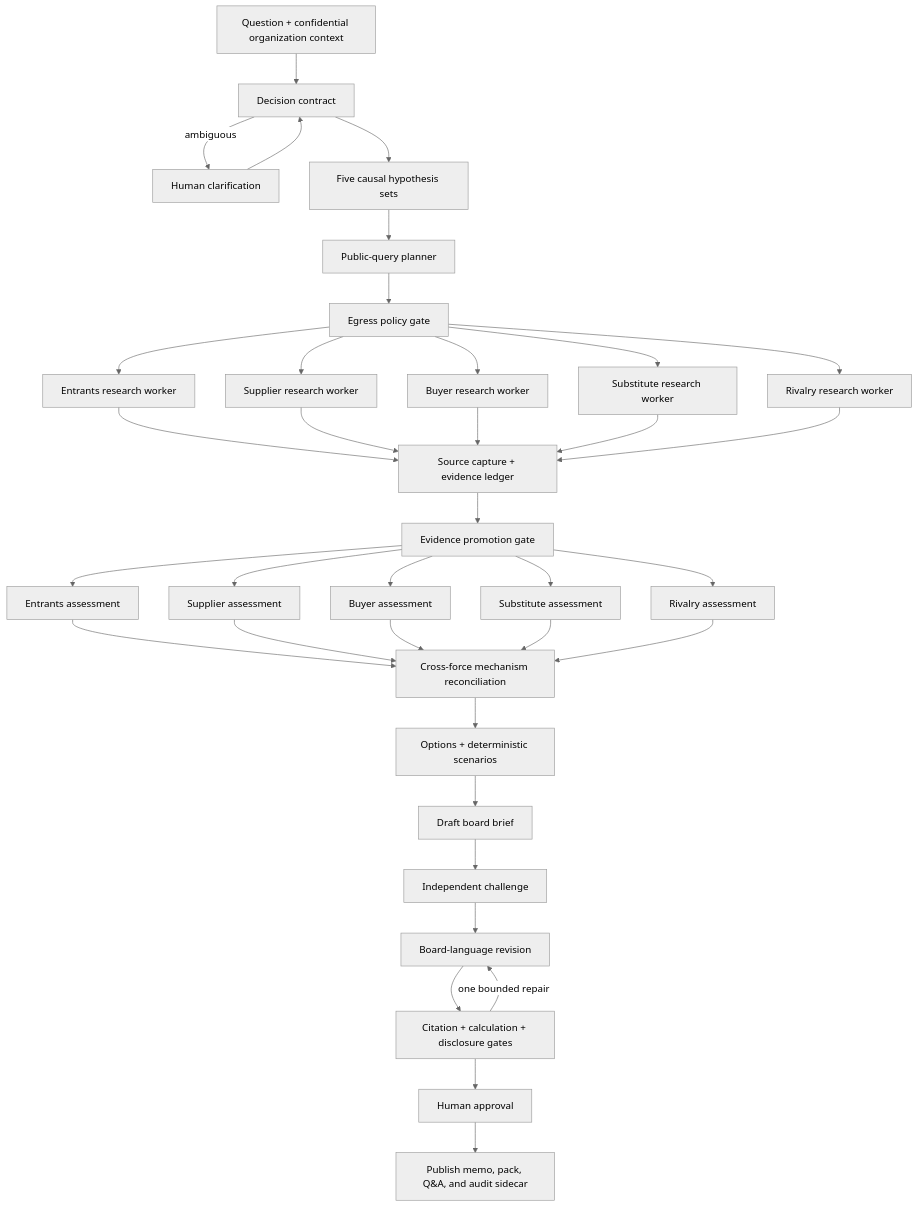
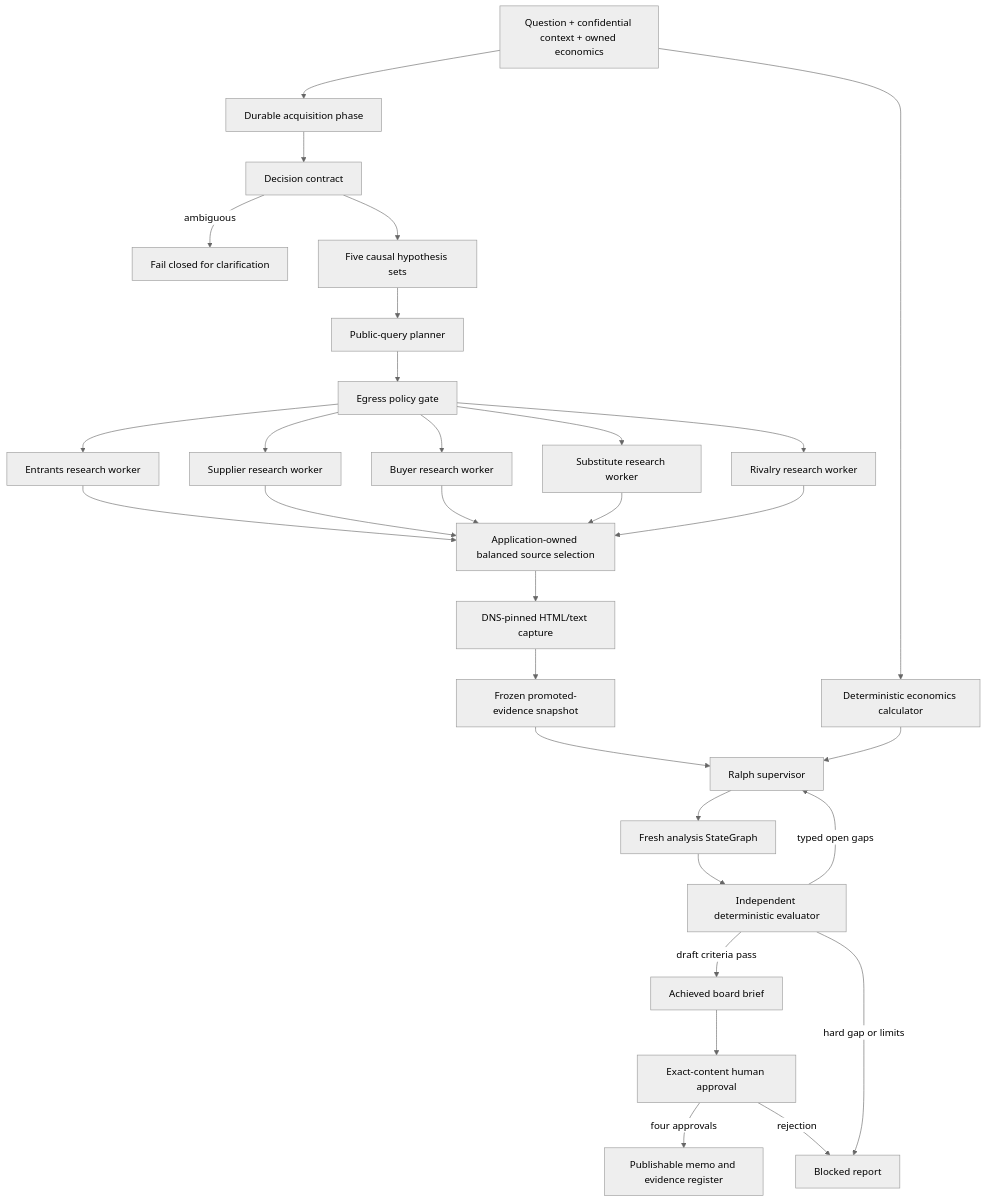
The first of 2 diagrams in docs/PROJECT_BLUEPRINT.md (sw30labs/PorterForcesAI), drawn with Mermaid (neutral theme) before and after one commit. The commit also changed other lines of this file and 14 other files, not shown here.

````diff
--- a/docs/PROJECT_BLUEPRINT.md
+++ b/docs/PROJECT_BLUEPRINT.md
@@ -164,30 +165,28 @@
 ```mermaid
 flowchart TD
-    I[Question + confidential organization context] --> D[Decision contract]
-    D -->|ambiguous| U[Human clarification]
-    U --> D
+    I[Question + confidential context + owned economics] --> ACQ[Durable acquisition phase]
+    ACQ --> D[Decision contract]
+    D -->|ambiguous| U[Fail closed for clarification]
     D --> H[Five causal hypothesis sets]
     H --> Q[Public-query planner]
     Q --> G[Egress policy gate]
     G --> R1[Entrants research worker]
     G --> R2[Supplier research worker]
     G --> R3[Buyer research worker]
     G --> R4[Substitute research worker]
     G --> R5[Rivalry research worker]
-    R1 & R2 & R3 & R4 & R5 --> L[Source capture + evidence ledger]
-    L --> V[Evidence promotion gate]
-    V --> F1[Entrants assessment]
-    V --> F2[Supplier assessment]
-    V --> F3[Buyer assessment]
-    V --> F4[Substitute assessment]
-    V --> F5[Rivalry assessment]
-    F1 & F2 & F3 & F4 & F5 --> J[Cross-force mechanism reconciliation]
-    J --> O[Options + deterministic scenarios]
-    O --> B[Draft board brief]
-    B --> C[Independent challenge]
-    C --> Y[Board-language revision]
-    Y --> X[Citation + calculation + disclosure gates]
-    X -->|one bounded repair| Y
-    X --> A[Human approval]
-    A --> P[Publish memo, pack, Q&A, and audit sidecar]
+    R1 & R2 & R3 & R4 & R5 --> S[Application-owned balanced source selection]
+    S --> L[DNS-pinned HTML/text capture]
+    L --> V[Frozen promoted-evidence snapshot]
+    I --> E[Deterministic economics calculator]
+    V --> RALPH[Ralph supervisor]
+    E --> RALPH
+    RALPH --> F[Fresh analysis StateGraph]
+    F --> C[Independent deterministic evaluator]
+    C -->|typed open gaps| RALPH
+    C -->|draft criteria pass| B[Achieved board brief]
+    C -->|hard gap or limits| X[Blocked report]
+    B --> A[Exact-content human approval]
+    A -->|four approvals| P[Publishable memo and evidence register]
+    A -->|rejection| X
 ```
````
